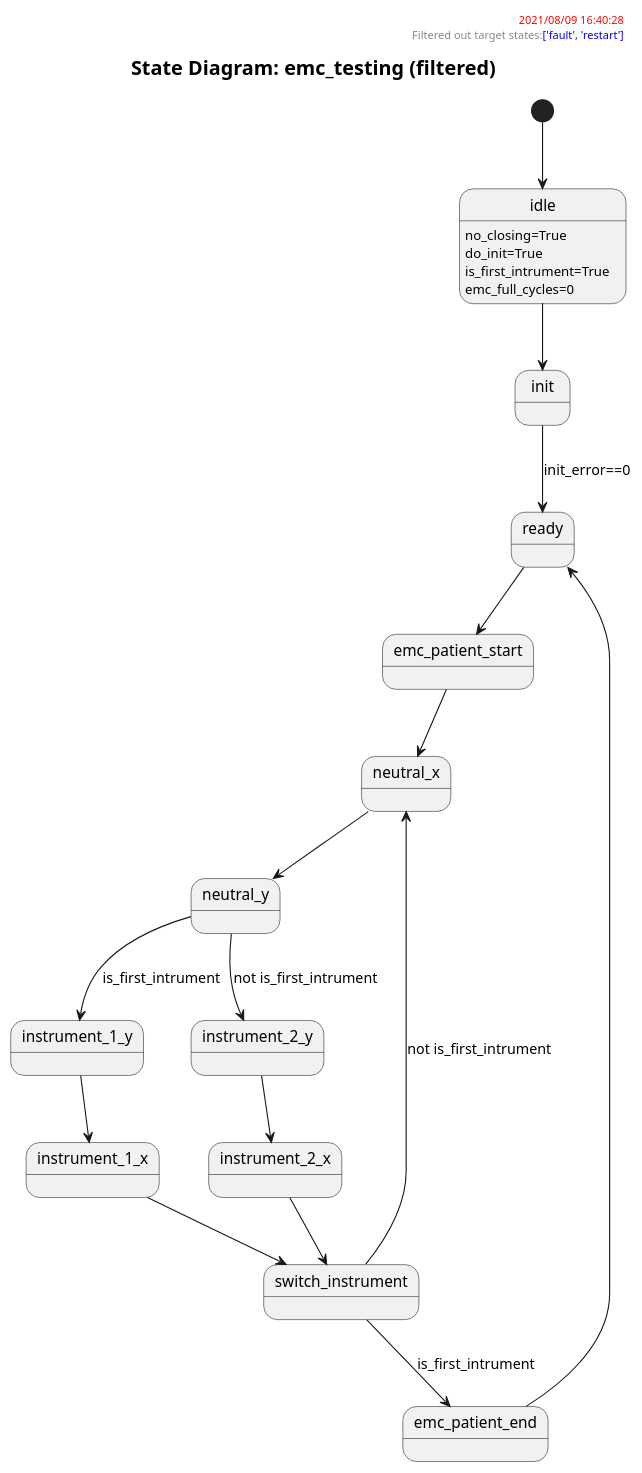
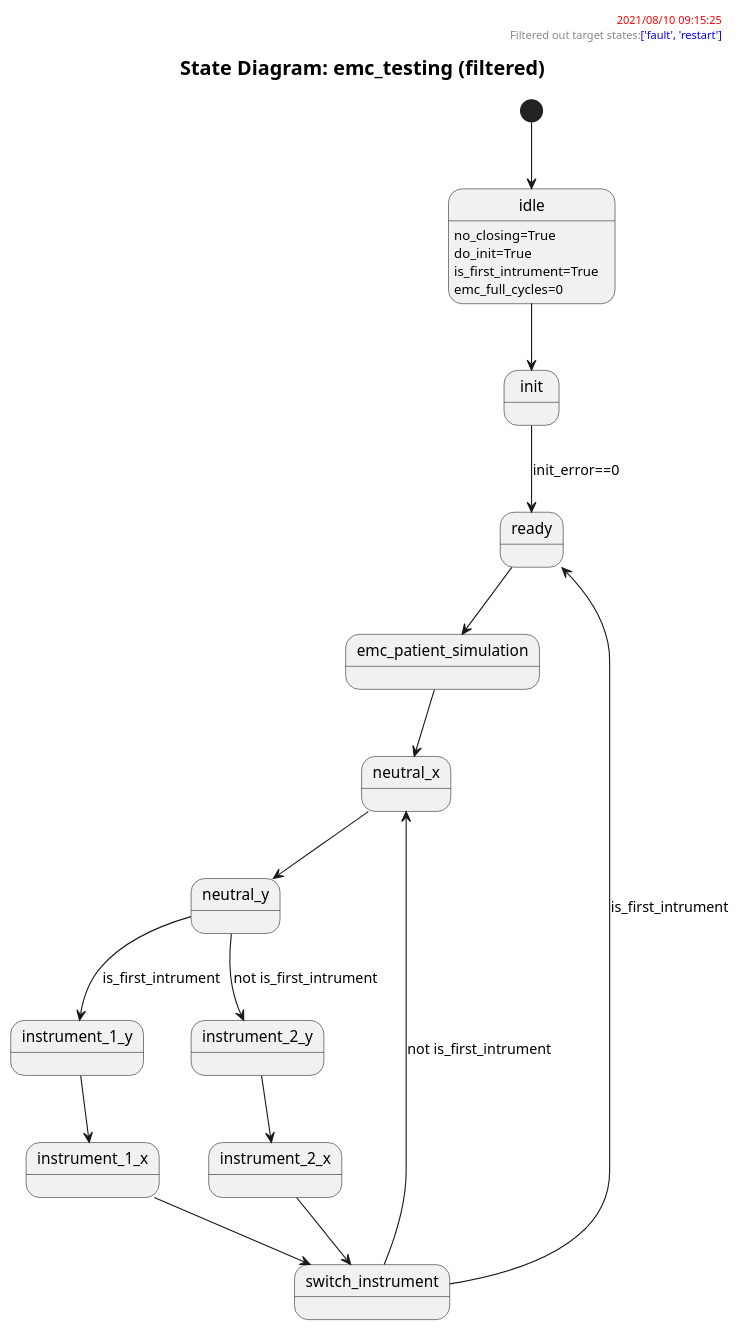
Before and after one commit to almakonde/eyelib-station-backend: the diagram in state_diagram_emc_testing_filtered.wsd, drawn with PlantUML. The commit also changed 1 other file, not shown here.

Commit message:
Update emc_testing diagrams with patient simulation state.

```diff
--- a/state_diagram_emc_testing_filtered.wsd
+++ b/state_diagram_emc_testing_filtered.wsd
@@ -1,31 +1,30 @@
 @startuml
 
 header
-<font color=red>2021/08/09 16:40:28</font>
+<font color=red>2021/08/10 09:15:25</font>
 Filtered out target states:<font color=blue>['fault', 'restart']</font>
 endheader
 
 title = State Diagram: emc_testing (filtered)
 
 [*] --> idle
 
 idle --> init
 idle : no_closing=True
 idle : do_init=True
 idle : is_first_intrument=True
 idle : emc_full_cycles=0
 init --> ready : init_error==0
-ready --> emc_patient_start
+ready --> emc_patient_simulation
 neutral_x --> neutral_y
 neutral_y --> instrument_1_y : is_first_intrument
 neutral_y --> instrument_2_y : not is_first_intrument
 instrument_1_x --> switch_instrument
 instrument_1_y --> instrument_1_x
 instrument_2_x --> switch_instrument
 instrument_2_y --> instrument_2_x
 switch_instrument --> neutral_x : not is_first_intrument
-switch_instrument --> emc_patient_end : is_first_intrument
-emc_patient_start --> neutral_x
-emc_patient_end --> ready
+switch_instrument --> ready : is_first_intrument
+emc_patient_simulation --> neutral_x
 
 @enduml
```
